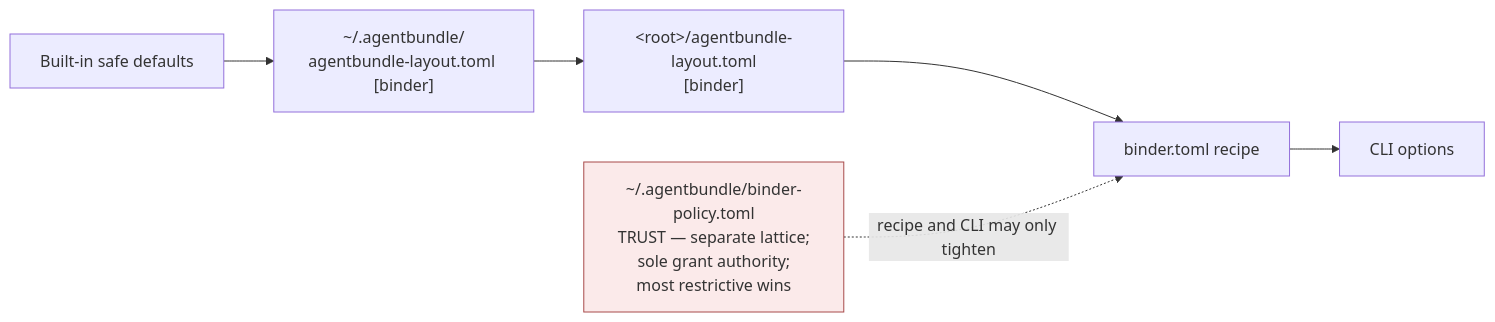
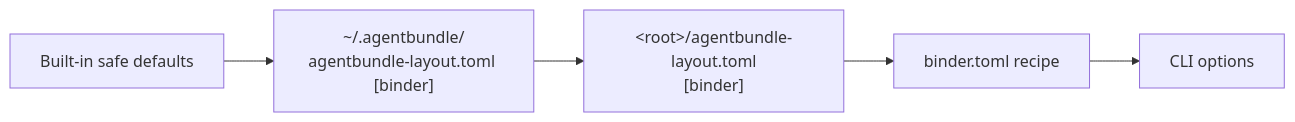
Before and after one commit to eugenelim/agent-ready-repo: the diagram in docs/architecture/binder-publishing/runtime.md, drawn with Mermaid. The commit also changed other lines of this file and 22 other files, not shown here.

First line of the commit message:
docs(architecture): propagate the binder-publishing decisions and gate the renderer by spike

````diff
--- a/docs/architecture/binder-publishing/runtime.md
+++ b/docs/architecture/binder-publishing/runtime.md
@@ -10,9 +11,7 @@
 ```mermaid
 flowchart LR
   A["Built-in safe defaults"] --> B["~/.agentbundle/<br/>agentbundle-layout.toml [binder]"]
   B --> C["&lt;root&gt;/agentbundle-layout.toml<br/>[binder]"]
   C --> D["binder.toml recipe"]
   D --> E["CLI options"]
-  P["~/.agentbundle/binder-policy.toml<br/>TRUST — separate lattice;<br/>sole grant authority;<br/>most restrictive wins"] -.->|"recipe and CLI may only tighten"| D
-  style P fill:#fbeaea,stroke:#a84a4a
 ```
````
